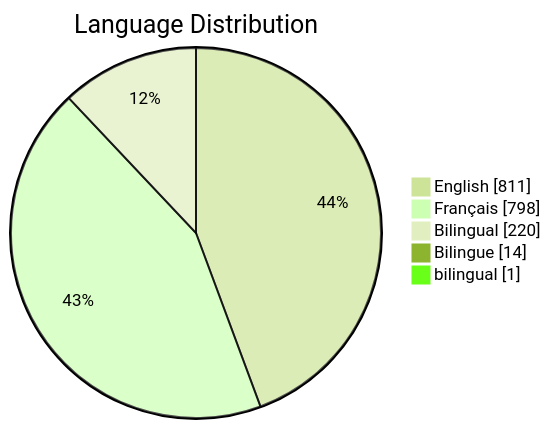
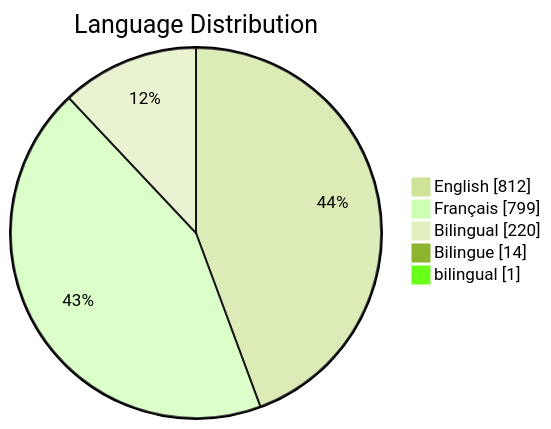
Before and after one commit to PatLittle/GC-Socials: the third of 6 diagrams in README.md, drawn with Mermaid (forest theme). The commit also changed other lines of this file, not shown here.

Commit message:
Update README with Platform Distribution pie chart

````diff
--- a/README.md
+++ b/README.md
@@ -66,8 +66,8 @@
 ```mermaid
 pie showData title Language Distribution
-    "English": 811
-    "Français": 798
+    "English": 812
+    "Français": 799
     "Bilingual": 220
     "Bilingue": 14
     "bilingual": 1
 ```
````
